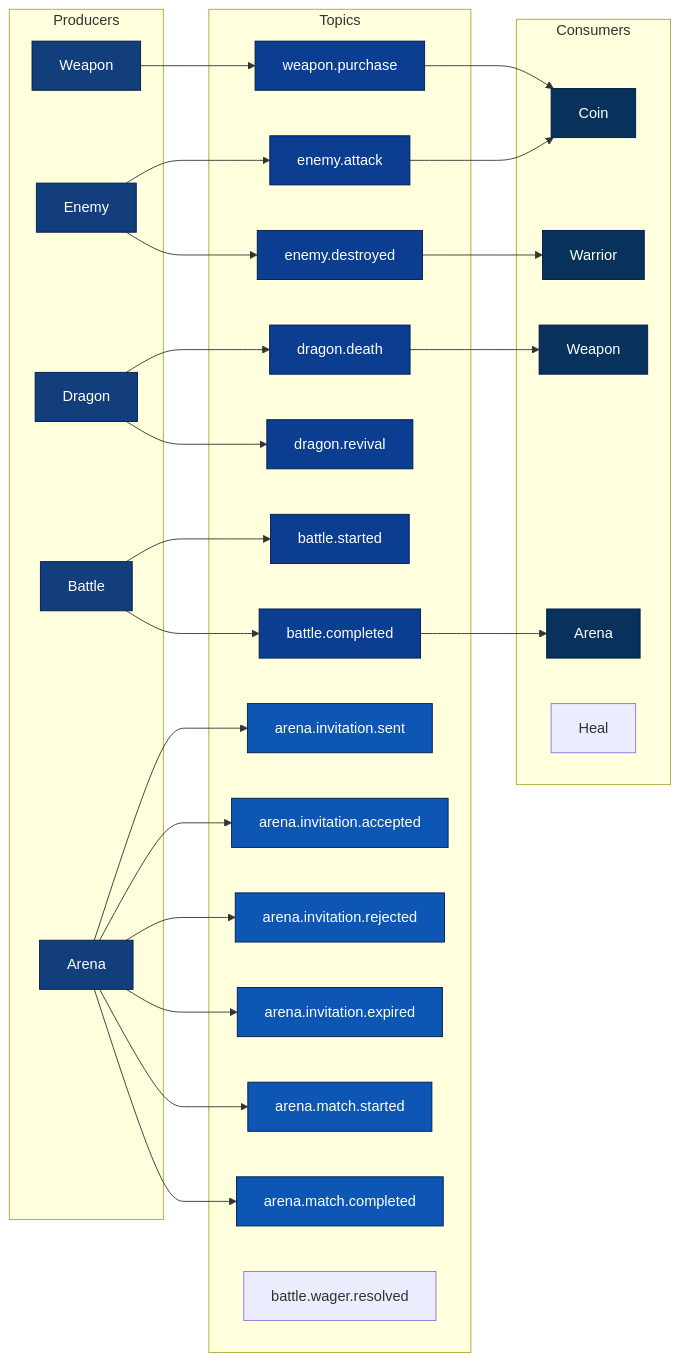
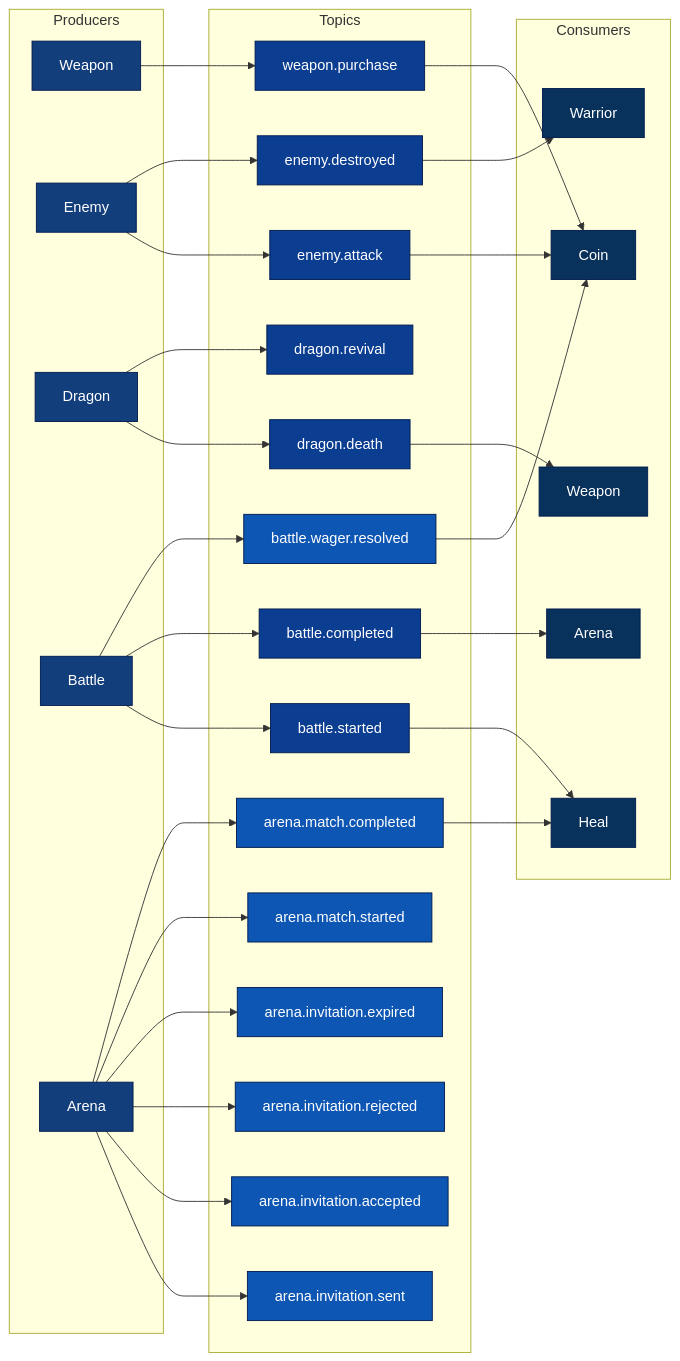
The eighth of 29 diagrams in README.md (tiraten-bot/network-sec-micro), drawn with Mermaid before and after one commit.

Commit message:
Update README.md to add new connections for nodes T14 and C5 in workflow diagrams, enhancing clarity of service interactions.

````diff
--- a/README.md
+++ b/README.md
@@ -527,12 +527,16 @@
     P5 --> T11
     P5 --> T12
     P5 --> T13
+    P4 --> T14
 
     T1 --> C1
     T2 --> C1
     T3 --> C2
     T4 --> C3
+    T6 --> C5
     T7 --> C4
+    T13 --> C5
+    T14 --> C1
 
     style T1 fill:#0b3d91,stroke:#001a4d,color:#ffffff
     style T2 fill:#0b3d91,stroke:#001a4d,color:#ffffff
@@ -547,6 +551,7 @@
     style T11 fill:#0d56b3,stroke:#001a4d,color:#ffffff
     style T12 fill:#0d56b3,stroke:#001a4d,color:#ffffff
     style T13 fill:#0d56b3,stroke:#001a4d,color:#ffffff
+    style T14 fill:#0d56b3,stroke:#001a4d,color:#ffffff
     style P1 fill:#133e7c,stroke:#001a4d,color:#ffffff
     style P2 fill:#133e7c,stroke:#001a4d,color:#ffffff
     style P3 fill:#133e7c,stroke:#001a4d,color:#ffffff
@@ -556,4 +561,5 @@
     style C2 fill:#08315c,stroke:#001a4d,color:#ffffff
     style C3 fill:#08315c,stroke:#001a4d,color:#ffffff
     style C4 fill:#08315c,stroke:#001a4d,color:#ffffff
+    style C5 fill:#08315c,stroke:#001a4d,color:#ffffff
 ```
````
